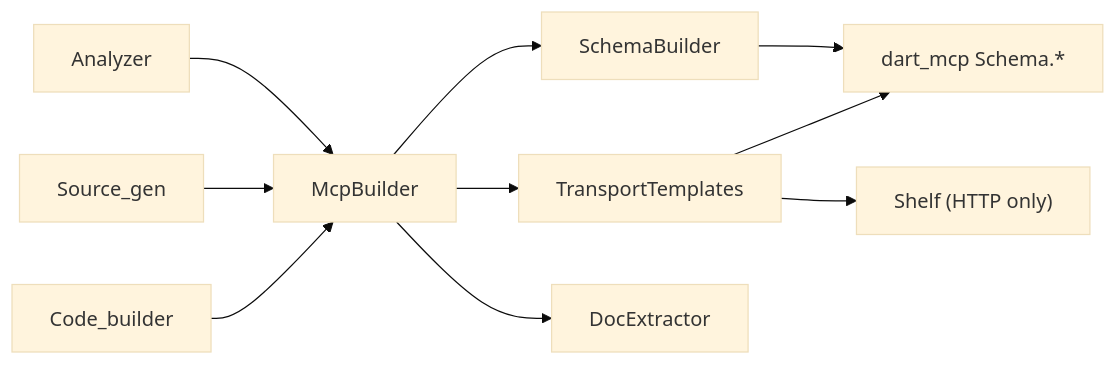
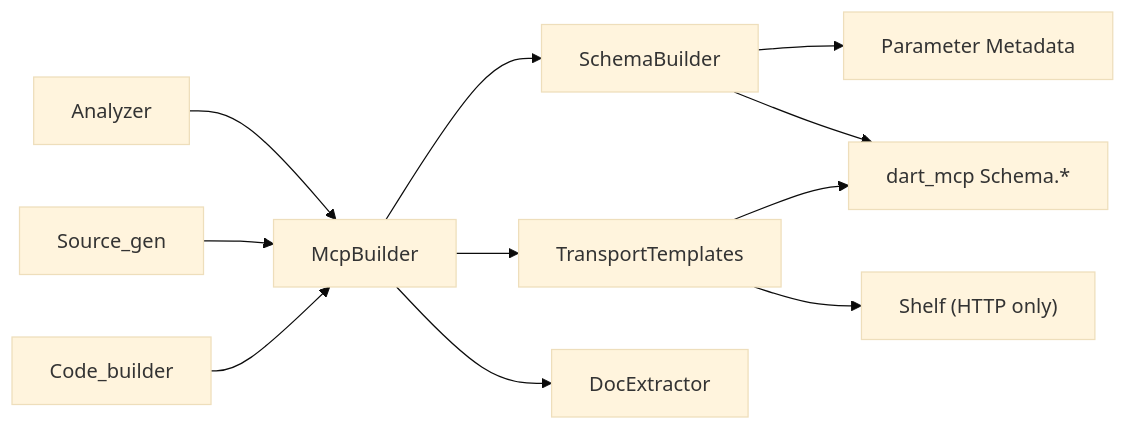
Before and after one commit to cdavis-code/easy_mcp_workspace: the fourth of 4 diagrams in .qoder/repowiki/en/content/Type System Integration/Type System Integration.md, drawn with Mermaid (base theme). The commit also changed other lines of this file and 13 other files, not shown here.

````diff
--- a/.qoder/repowiki/en/content/Type System Integration/Type System Integration.md
+++ b/.qoder/repowiki/en/content/Type System Integration/Type System Integration.md
@@ -520,12 +583,13 @@
 ```mermaid
 graph LR
 AN["Analyzer"] --> MB["McpBuilder"]
 SG["Source_gen"] --> MB
 CB["Code_builder"] --> MB
 MB --> SB["SchemaBuilder"]
 MB --> TT["TransportTemplates"]
 MB --> DE["DocExtractor"]
+SB --> PM["Parameter Metadata"]
 SB --> DM["dart_mcp Schema.*"]
 TT --> DM
 TT --> SH["Shelf (HTTP only)"]
 ```
````
